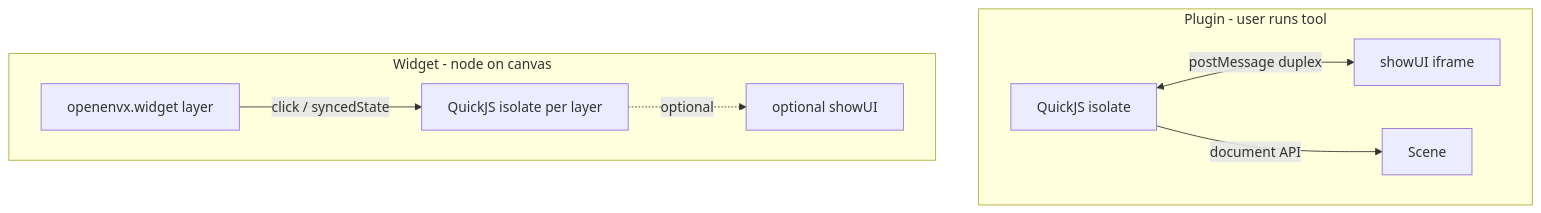
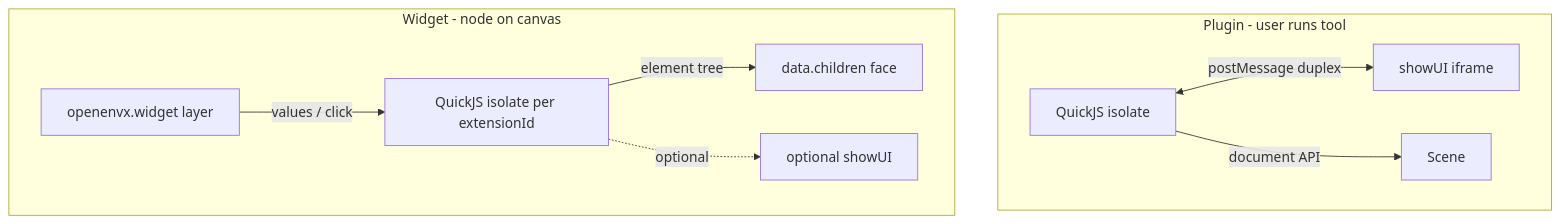
One commit to openenvx/editor changed the second of 3 diagrams in Plugin-boundaries.md. Above: the diagram before and after it, drawn with Mermaid. The commit also changed other lines of this file and 191 other files, not shown here.

````diff
--- a/Plugin-boundaries.md
+++ b/Plugin-boundaries.md
@@ -76,16 +77,18 @@
 ```mermaid
 flowchart TB
   subgraph pluginRun [Plugin - user runs tool]
     PIsolate[QuickJS isolate]
     PIframe[showUI iframe]
     PIsolate <-->|"postMessage duplex"| PIframe
     PIsolate -->|"document API"| Scene
   end
   subgraph widgetLive [Widget - node on canvas]
     WNode[openenvx.widget layer]
-    WIsolate[QuickJS isolate per layer]
+    WFace[data.children face]
+    WIsolate[QuickJS isolate per extensionId]
     WIframe[optional showUI]
-    WNode -->|"click / syncedState"| WIsolate
+    WNode -->|"values / click"| WIsolate
+    WIsolate -->|"element tree"| WFace
     WIsolate -.->|"optional"| WIframe
   end
 ```
````
